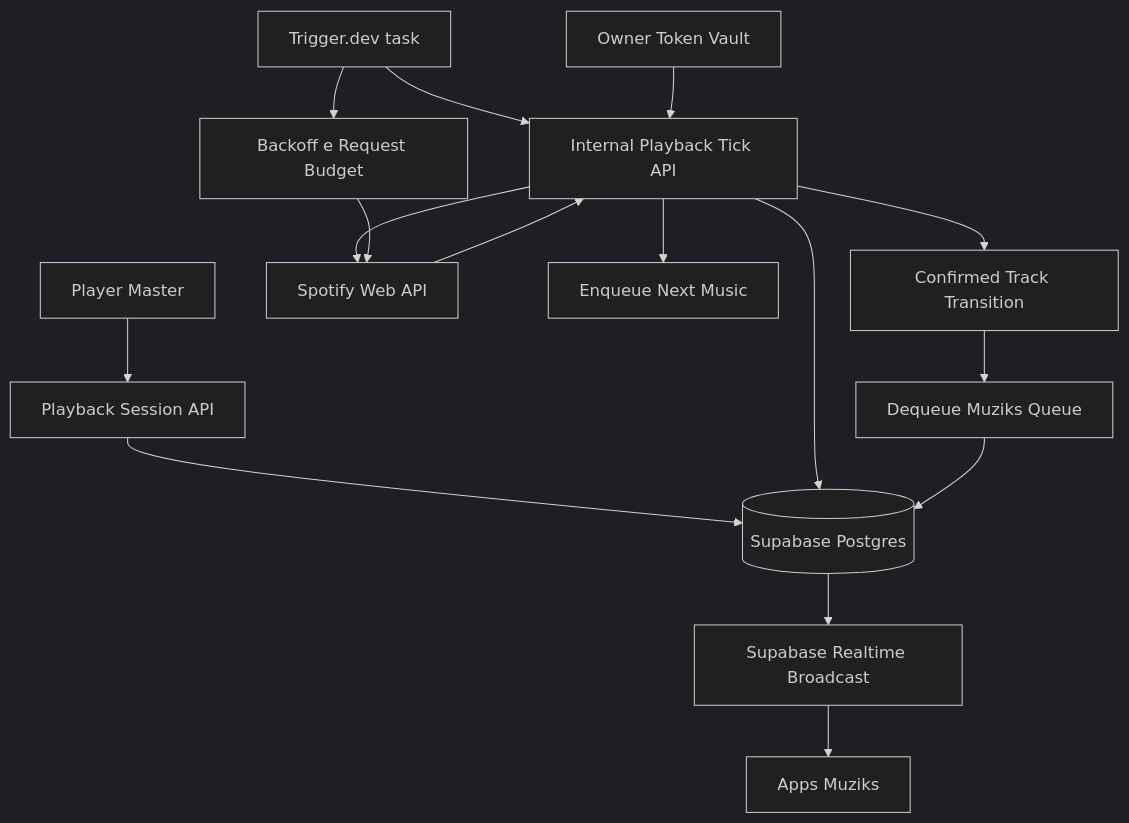
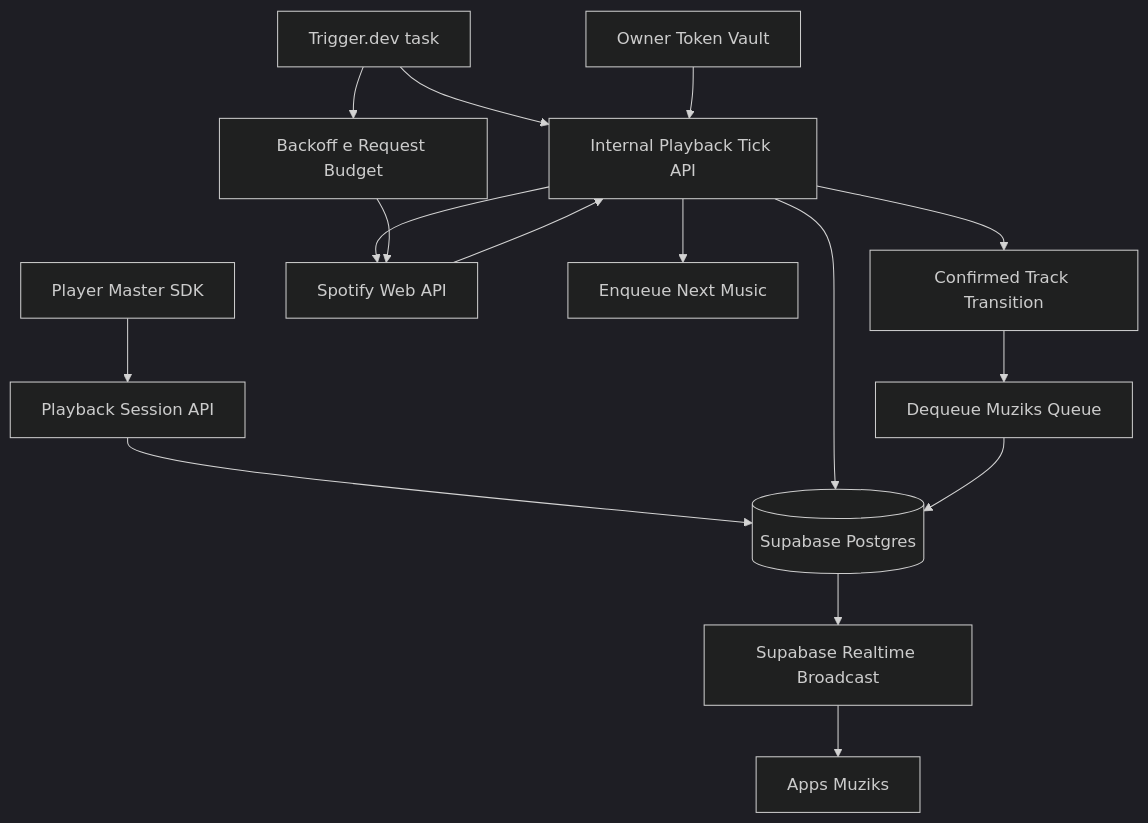
The diagram in docs/tech/TRIGGER-DEV-PLAYBACK-ORCHESTRATION.md (LucasArgate/muziks), drawn with Mermaid (dark theme) before and after one commit. The commit also changed other lines of this file and 66 other files, not shown here.

````diff
--- a/docs/tech/TRIGGER-DEV-PLAYBACK-ORCHESTRATION.md
+++ b/docs/tech/TRIGGER-DEV-PLAYBACK-ORCHESTRATION.md
@@ -50,18 +50,18 @@
 ```mermaid
 flowchart TD
-  master["Player Master"] --> sessionApi["Playback Session API"]
+  master["Player Master SDK"] --> sessionApi["Playback Session API"]
   trigger["Trigger.dev task"] --> internalApi["Internal Playback Tick API"]
   tokenVault["Owner Token Vault"] --> internalApi
   internalApi --> spotify["Spotify Web API"]
   spotify --> internalApi
   internalApi --> enqueueNext["Enqueue Next Music"]
   internalApi --> confirmedTransition["Confirmed Track Transition"]
   confirmedTransition --> dequeue["Dequeue Muziks Queue"]
   sessionApi --> postgres[(Supabase Postgres)]
   internalApi --> postgres
   dequeue --> postgres
   postgres --> broadcast["Supabase Realtime Broadcast"]
   broadcast --> clients["Apps Muziks"]
   trigger --> budget["Backoff e Request Budget"]
   budget --> spotify
 ```
````
